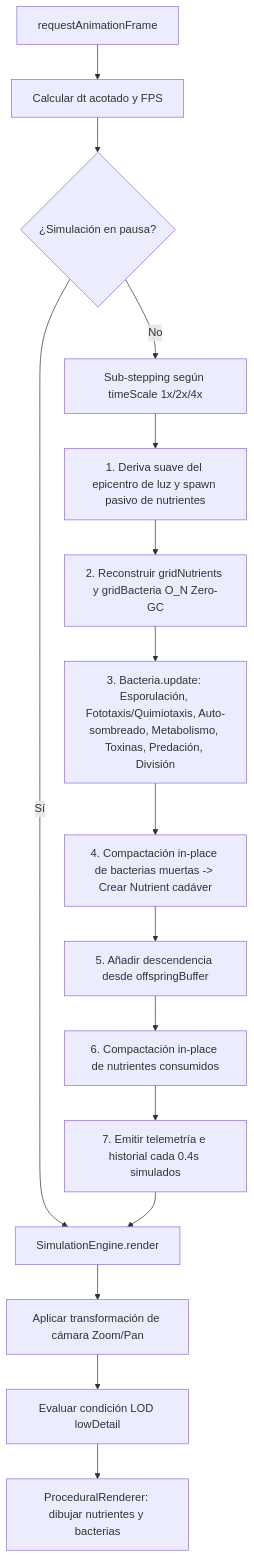
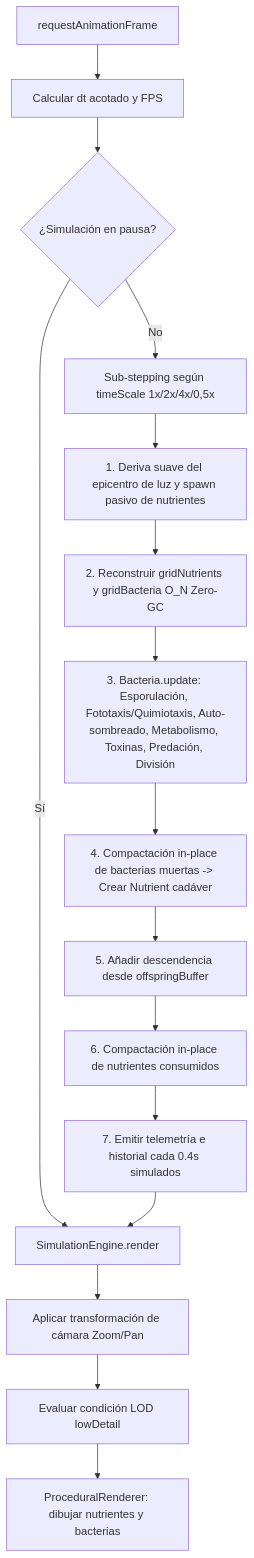
Before and after one commit to doctorvanmartin/EvoLootIon: the diagram in ARQUITECTURA.md, drawn with Mermaid. The commit also changed other lines of this file and 11 other files, not shown here.

````diff
--- a/ARQUITECTURA.md
+++ b/ARQUITECTURA.md
@@ -47,18 +47,18 @@
 ```mermaid
 flowchart TD
     A[requestAnimationFrame] --> B[Calcular dt acotado y FPS]
     B --> C{¿Simulación en pausa?}
-    C -- No --> D[Sub-stepping según timeScale 1x/2x/4x]
+    C -- No --> D[Sub-stepping según timeScale 1x/2x/4x/0,5x]
     D --> E[1. Deriva suave del epicentro de luz y spawn pasivo de nutrientes]
     E --> F[2. Reconstruir gridNutrients y gridBacteria O_N Zero-GC]
     F --> G[3. Bacteria.update: Esporulación, Fototaxis/Quimiotaxis, Auto-sombreado, Metabolismo, Toxinas, Predación, División]
     G --> H[4. Compactación in-place de bacterias muertas -> Crear Nutrient cadáver]
     H --> I[5. Añadir descendencia desde offspringBuffer]
     I --> J[6. Compactación in-place de nutrientes consumidos]
     J --> K[7. Emitir telemetría e historial cada 0.4s simulados]
     C -- Sí --> L[SimulationEngine.render]
     K --> L
     L --> M[Aplicar transformación de cámara Zoom/Pan]
     M --> N[Evaluar condición LOD lowDetail]
     N --> O[ProceduralRenderer: dibujar nutrientes y bacterias]
 ```
````
